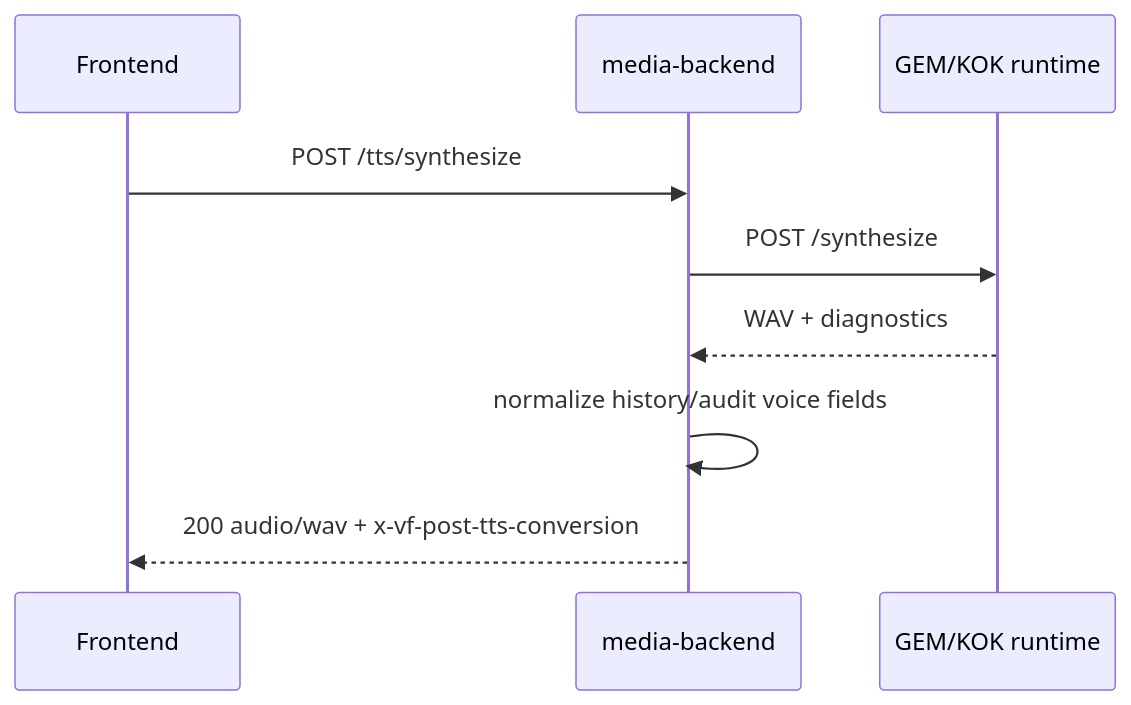
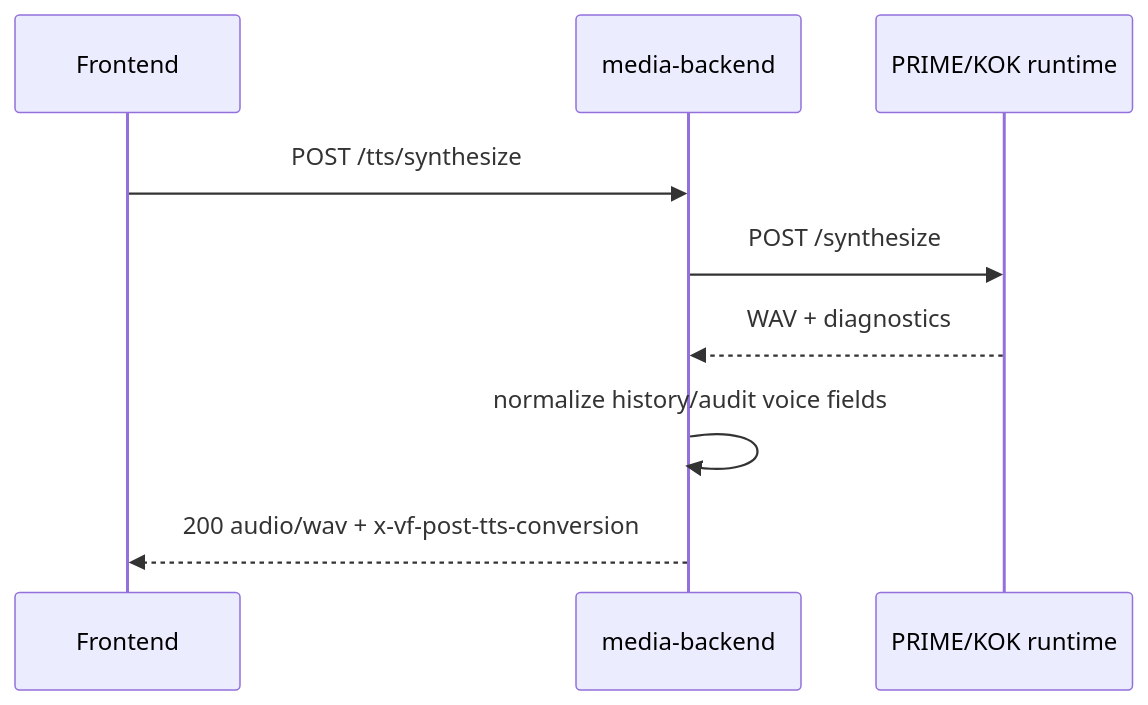
One commit to rease00/VOICE-FLOW-2.0 changed the third of 3 diagrams in docs/TTS_LLVC_MULTISPEAKER_FLOW.md. Above: the diagram before and after it, drawn with Mermaid. The commit also changed other lines of this file and 458 other files, not shown here.

````diff
--- a/docs/TTS_LLVC_MULTISPEAKER_FLOW.md
+++ b/docs/TTS_LLVC_MULTISPEAKER_FLOW.md
@@ -39,12 +39,12 @@
 ```mermaid
 sequenceDiagram
     participant U as Frontend
     participant M as media-backend
-    participant T as GEM/KOK runtime
+    participant T as PRIME/KOK runtime
 
     U->>M: POST /tts/synthesize
     M->>T: POST /synthesize
     T-->>M: WAV + diagnostics
     M->>M: normalize history/audit voice fields
     M-->>U: 200 audio/wav + x-vf-post-tts-conversion
 ```
````
